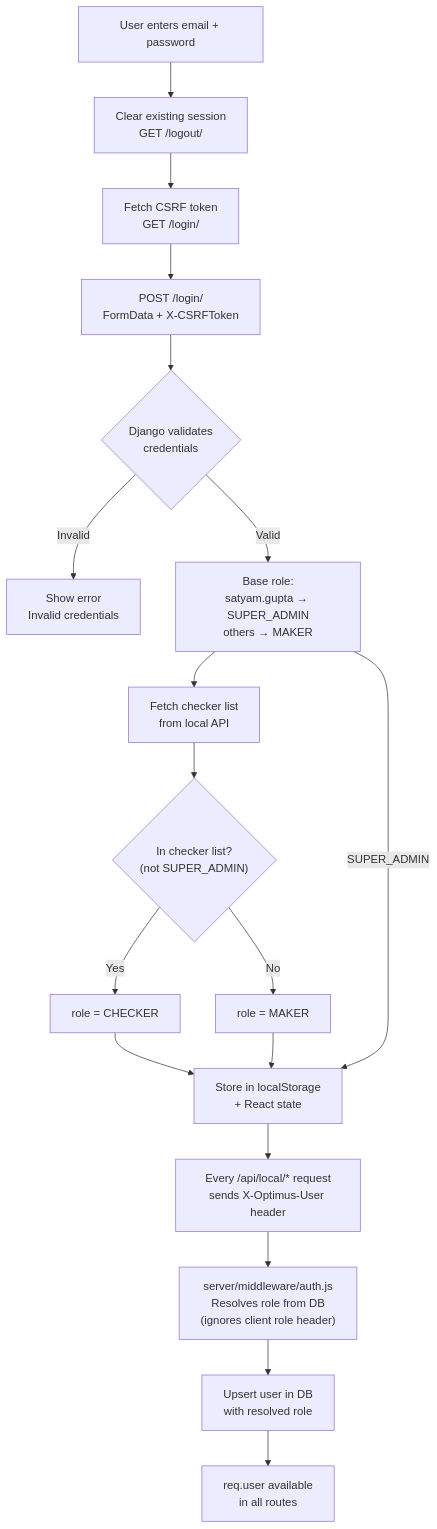
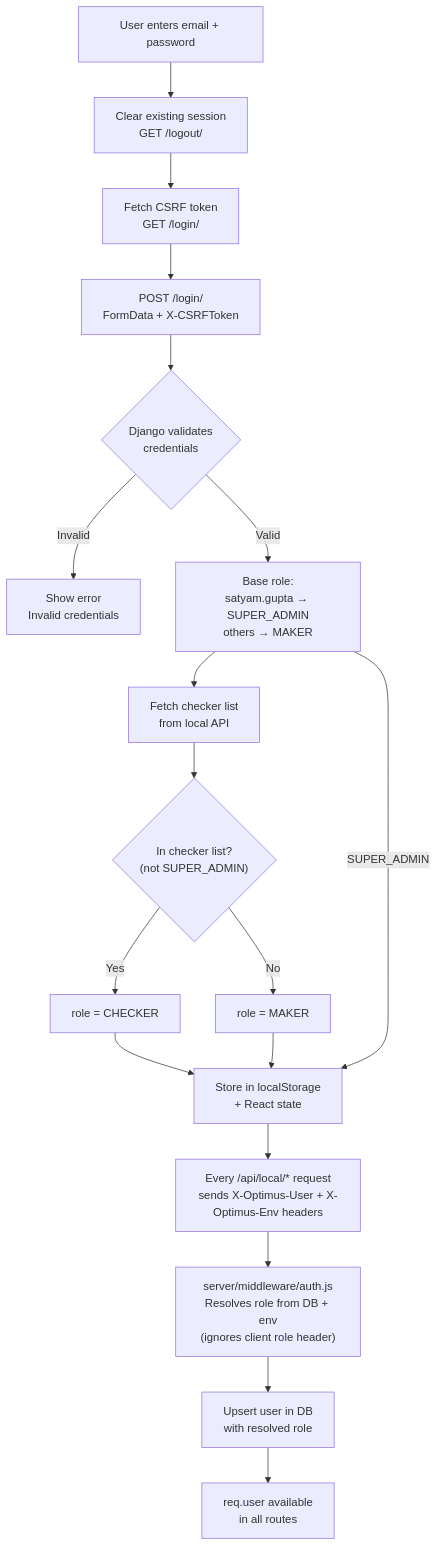
The diagram in wiki/AUTH-Flow.md (satyamgupta1312/Optimus), drawn with Mermaid before and after one commit. The commit also changed other lines of this file and 82 other files, not shown here.

Commit message:
feat: add dual-env proxy config, apiConfig, AuthService, RequestQueue, BackendSyncService, PropertyEditor, widgets, configs, and wiki docs

````diff
--- a/wiki/AUTH-Flow.md
+++ b/wiki/AUTH-Flow.md
@@ -331,21 +355,21 @@
 ```mermaid
 flowchart TD
     Login["User enters email + password"] --> Clear["Clear existing session\nGET /logout/"]
     Clear --> CSRF["Fetch CSRF token\nGET /login/"]
     CSRF --> Submit["POST /login/\nFormData + X-CSRFToken"]
     Submit --> Validate{"Django validates\ncredentials"}
     Validate -->|Invalid| Error["Show error\nInvalid credentials"]
     Validate -->|Valid| BaseRole["Base role:\nsatyam.gupta → SUPER_ADMIN\nothers → MAKER"]
     BaseRole --> CheckerLookup["Fetch checker list\nfrom local API"]
     CheckerLookup --> Override{"In checker list?\n(not SUPER_ADMIN)"}
     Override -->|Yes| SetChecker["role = CHECKER"]
     Override -->|No| KeepMaker["role = MAKER"]
     SetChecker --> Store["Store in localStorage\n+ React state"]
     KeepMaker --> Store
     BaseRole -->|SUPER_ADMIN| Store
 
-    Store --> APICall["Every /api/local/* request\nsends X-Optimus-User header"]
-    APICall --> ServerResolve["server/middleware/auth.js\nResolves role from DB\n(ignores client role header)"]
+    Store --> APICall["Every /api/local/* request\nsends X-Optimus-User + X-Optimus-Env headers"]
+    APICall --> ServerResolve["server/middleware/auth.js\nResolves role from DB + env\n(ignores client role header)"]
     ServerResolve --> Upsert["Upsert user in DB\nwith resolved role"]
     Upsert --> ReqUser["req.user available\nin all routes"]
 ```
````
